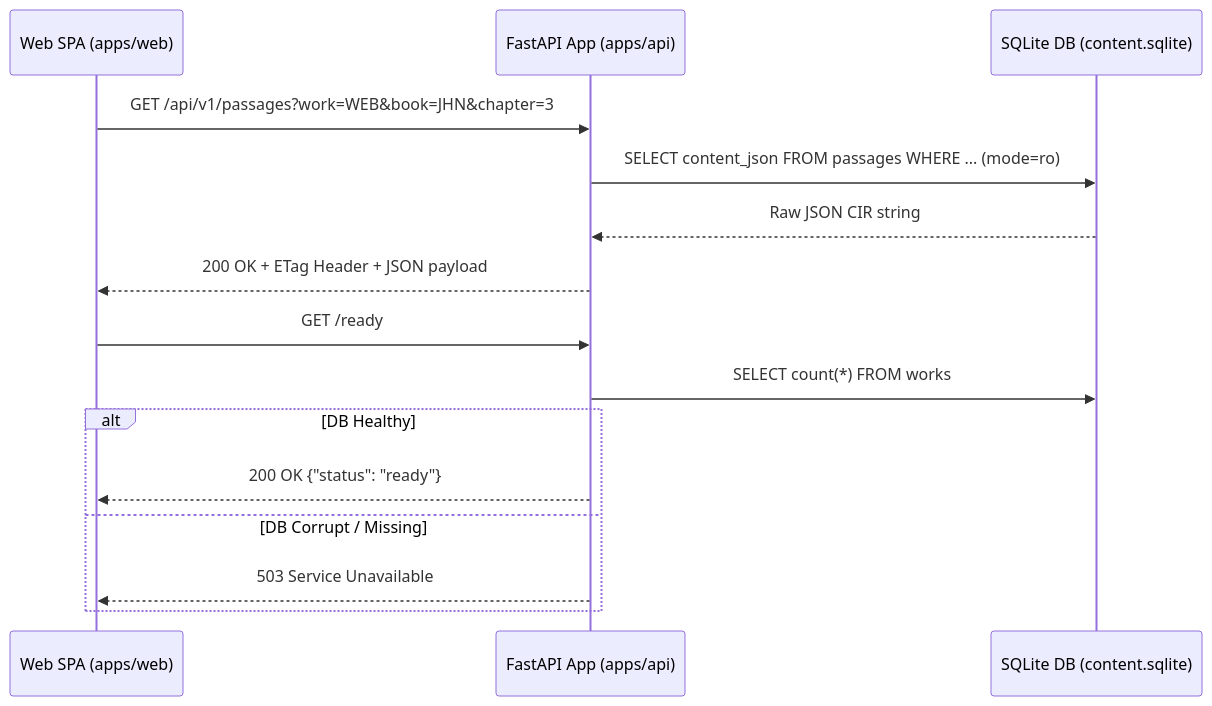
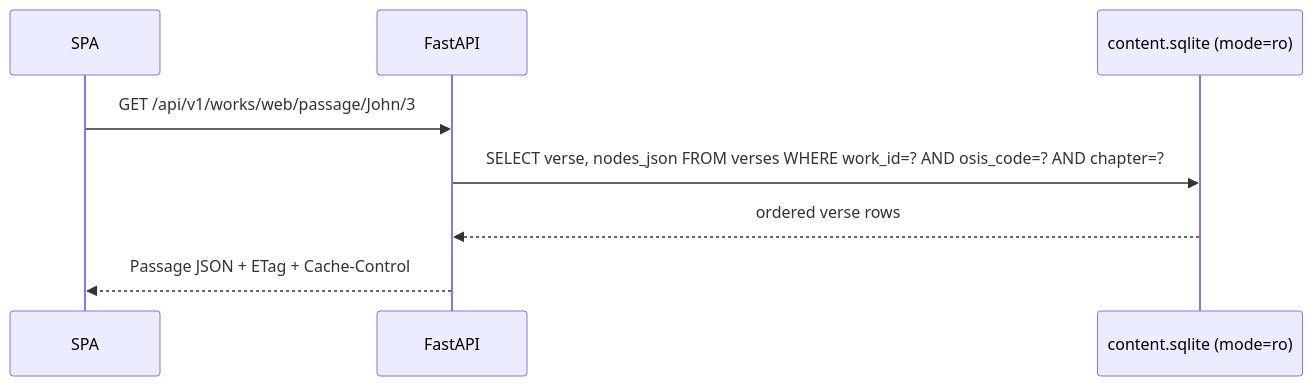
The diagram in docs/developer/api-service.md (htrendafilov/DidacheDynamis), drawn with Mermaid before and after one commit. The commit also changed other lines of this file and 29 other files, not shown here.

````diff
--- a/docs/developer/api-service.md
+++ b/docs/developer/api-service.md
@@ -7,19 +8,10 @@
 ```mermaid
 sequenceDiagram
-    participant SPA as Web SPA (apps/web)
-    participant FastAPI as FastAPI App (apps/api)
-    participant DB as SQLite DB (content.sqlite)
-
-    SPA->>FastAPI: GET /api/v1/passages?work=WEB&book=JHN&chapter=3
-    FastAPI->>DB: SELECT content_json FROM passages WHERE ... (mode=ro)
-    DB-->>FastAPI: Raw JSON CIR string
-    FastAPI-->>SPA: 200 OK + ETag Header + JSON payload
-
-    SPA->>FastAPI: GET /ready
-    FastAPI->>DB: SELECT count(*) FROM works
-    alt DB Healthy
-        FastAPI-->>SPA: 200 OK {"status": "ready"}
-    else DB Corrupt / Missing
-        FastAPI-->>SPA: 503 Service Unavailable
-    end
+    participant SPA
+    participant API as FastAPI
+    participant DB as content.sqlite (mode=ro)
+    SPA->>API: GET /api/v1/works/web/passage/John/3
+    API->>DB: SELECT verse, nodes_json FROM verses WHERE work_id=? AND osis_code=? AND chapter=?
+    DB-->>API: ordered verse rows
+    API-->>SPA: Passage JSON + ETag + Cache-Control
 ```
````
